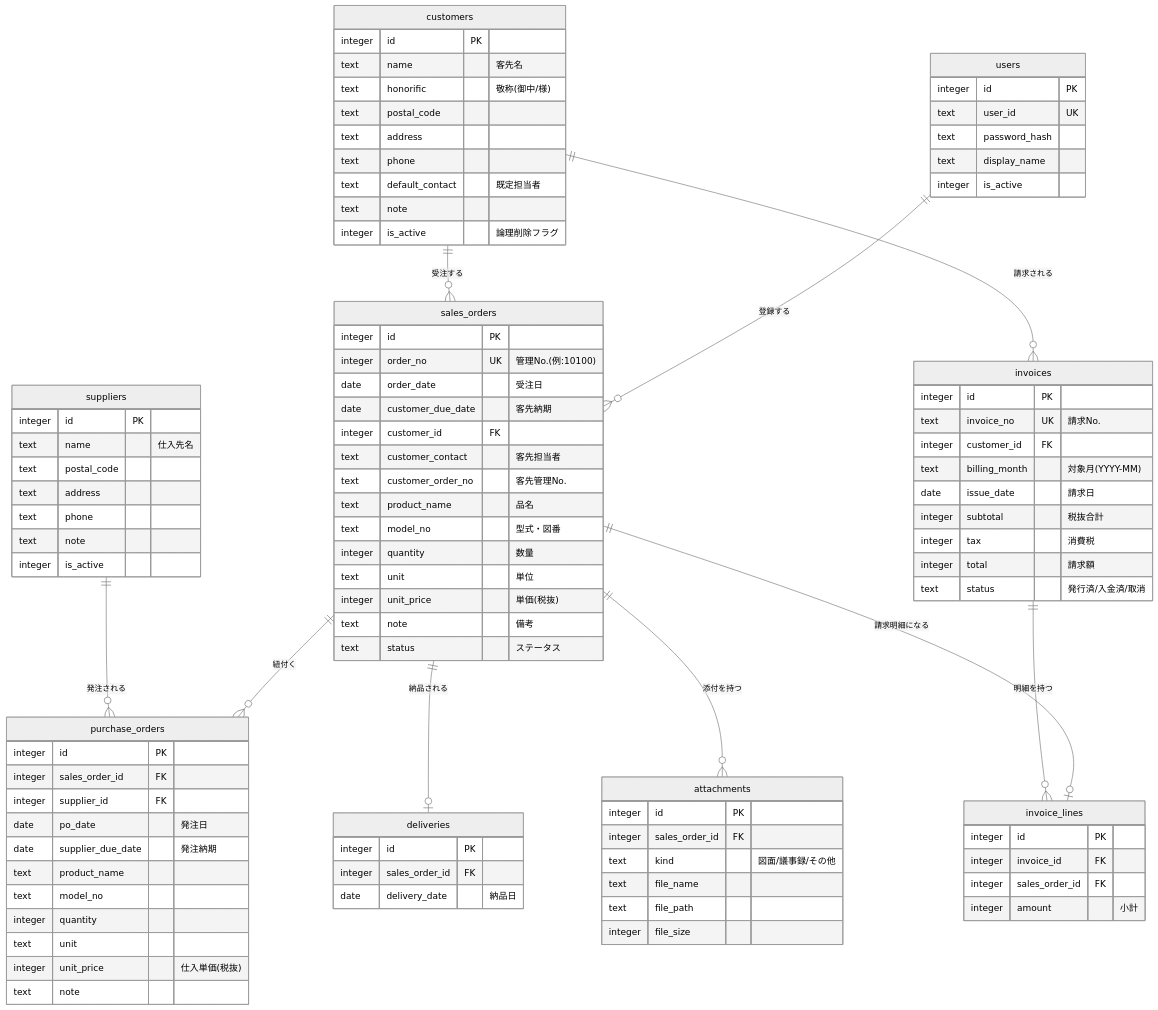
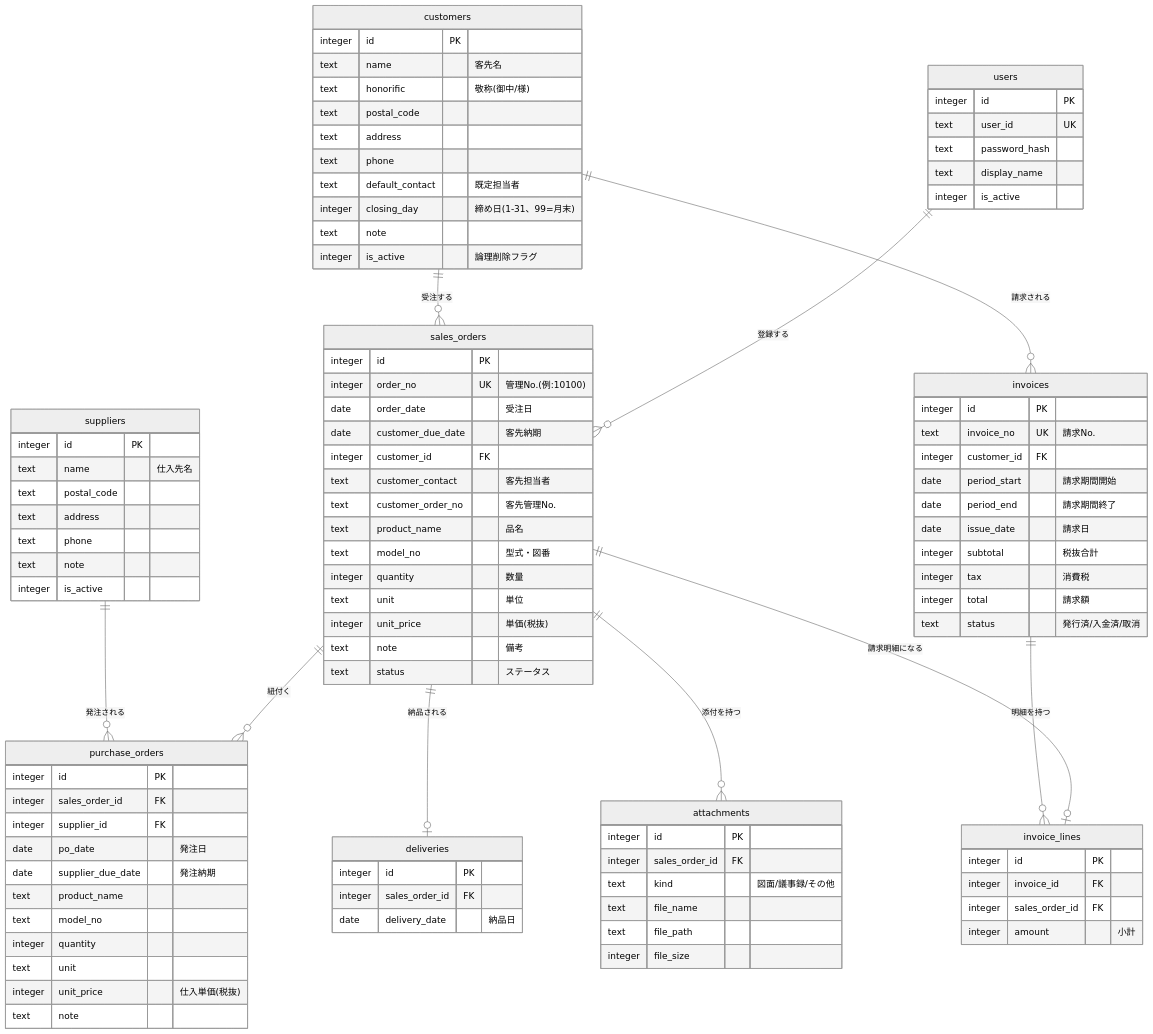
Before and after one commit to yuichi4107-lab/ClaudeCode: the diagram in docs/sales_management/03_データベース設計書.md, drawn with Mermaid (neutral theme). The commit also changed other lines of this file and 4 other files, not shown here.

```diff
--- a/docs/sales_management/03_データベース設計書.md
+++ b/docs/sales_management/03_データベース設計書.md
@@ -26,6 +26,7 @@
         text address
         text phone
         text default_contact "既定担当者"
+        integer closing_day "締め日(1-31、99=月末)"
         text note
         integer is_active "論理削除フラグ"
     }
@@ -76,7 +77,8 @@
         integer id PK
         text invoice_no UK "請求No."
         integer customer_id FK
-        text billing_month "対象月(YYYY-MM)"
+        date period_start "請求期間開始"
+        date period_end "請求期間終了"
         date issue_date "請求日"
         integer subtotal "税抜合計"
         integer tax "消費税"
```
